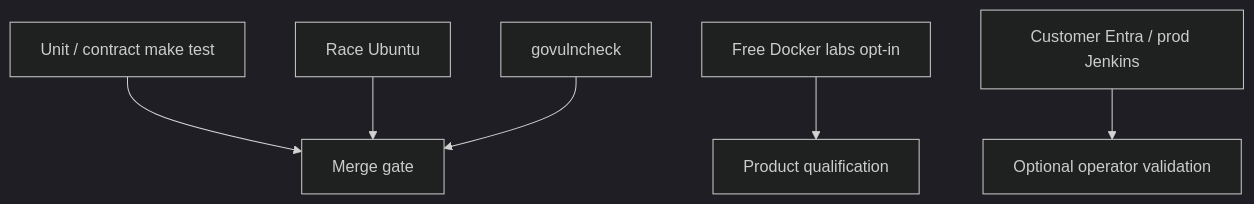
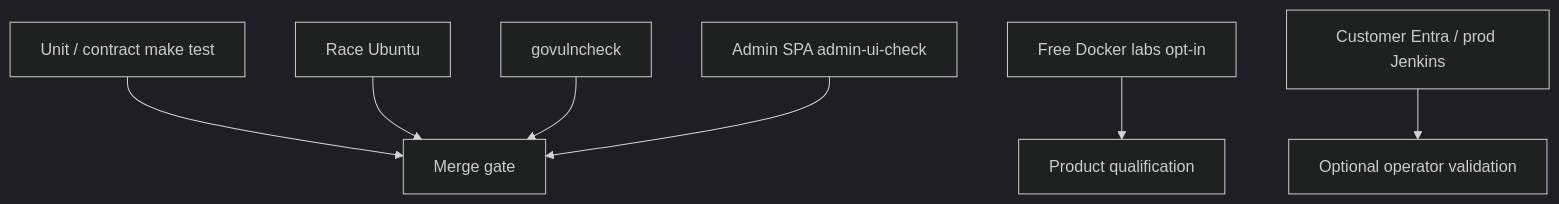
Before and after one commit to hilather/go-jenkins-mcp: the diagram in docs/architecture/testing.md, drawn with Mermaid (dark theme). The commit also changed other lines of this file and 10 other files, not shown here.

First line of the commit message:
fix(admin-ui): gate SPA compile in CI, preserve AccessPage (#27)

````diff
--- a/docs/architecture/testing.md
+++ b/docs/architecture/testing.md
@@ -3,8 +3,9 @@
 ```mermaid
 flowchart TB
   UT[Unit / contract make test] --> Gate[Merge gate]
   Race[Race Ubuntu] --> Gate
   Vuln[govulncheck] --> Gate
+  SPA[Admin SPA admin-ui-check] --> Gate
   Labs[Free Docker labs opt-in] --> Qual[Product qualification]
   Site[Customer Entra / prod Jenkins] --> Ops[Optional operator validation]
 ```
````
